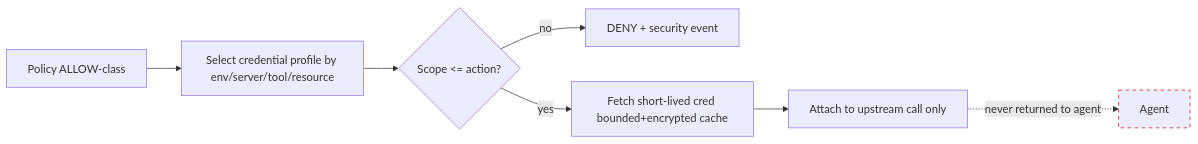
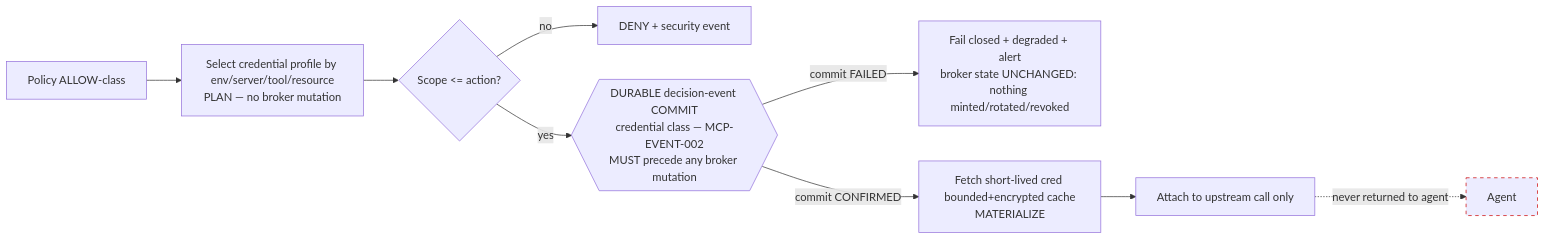
One commit to KidCarmi/Culvert changed the sixth of 15 diagrams in docs/design/mcp/DATA-FLOW-DIAGRAMS.md. Above: the diagram before and after it, drawn with Mermaid. The commit also changed other lines of this file and 2 other files, not shown here.

First line of the commit message:
docs(mcp): put the durable commit on the primary Gateway flows

````diff
--- a/docs/design/mcp/DATA-FLOW-DIAGRAMS.md
+++ b/docs/design/mcp/DATA-FLOW-DIAGRAMS.md
@@ -113,10 +116,12 @@
 ```mermaid
 flowchart LR
-  DEC[Policy ALLOW-class] --> SEL[Select credential profile by env/server/tool/resource]
+  DEC[Policy ALLOW-class] --> SEL[Select credential profile by env/server/tool/resource<br/>PLAN — no broker mutation]
   SEL --> SCOPE{Scope <= action?}
   SCOPE -- no --> DENY[DENY + security event]
-  SCOPE -- yes --> FETCH[Fetch short-lived cred bounded+encrypted cache]
+  SCOPE -- yes --> WALC{{"DURABLE decision-event COMMIT<br/>credential class — MCP-EVENT-002<br/>MUST precede any broker mutation"}}
+  WALC -- "commit FAILED" --> FCC["Fail closed + degraded + alert<br/>broker state UNCHANGED: nothing minted/rotated/revoked"]
+  WALC -- "commit CONFIRMED" --> FETCH[Fetch short-lived cred bounded+encrypted cache<br/>MATERIALIZE]
   FETCH --> USE[Attach to upstream call only]
   USE -. never returned to agent .-> A[Agent]:::x
   classDef x stroke-dasharray: 5 5,stroke:#c00;
 ```
````
